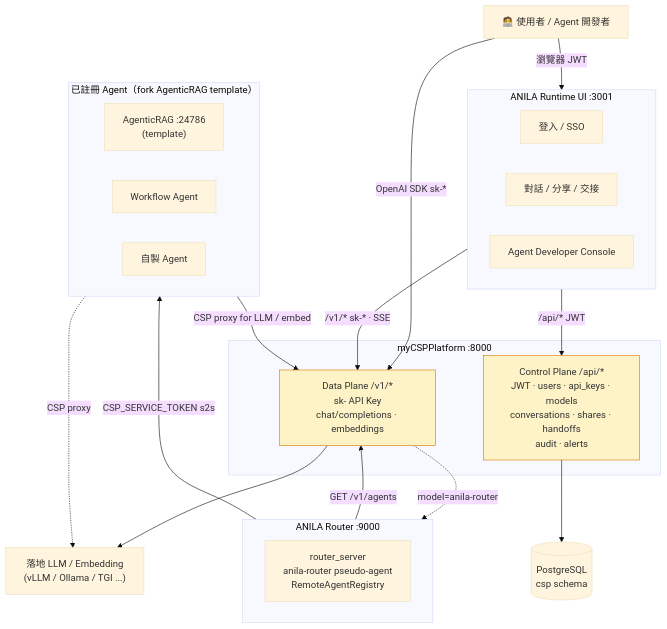
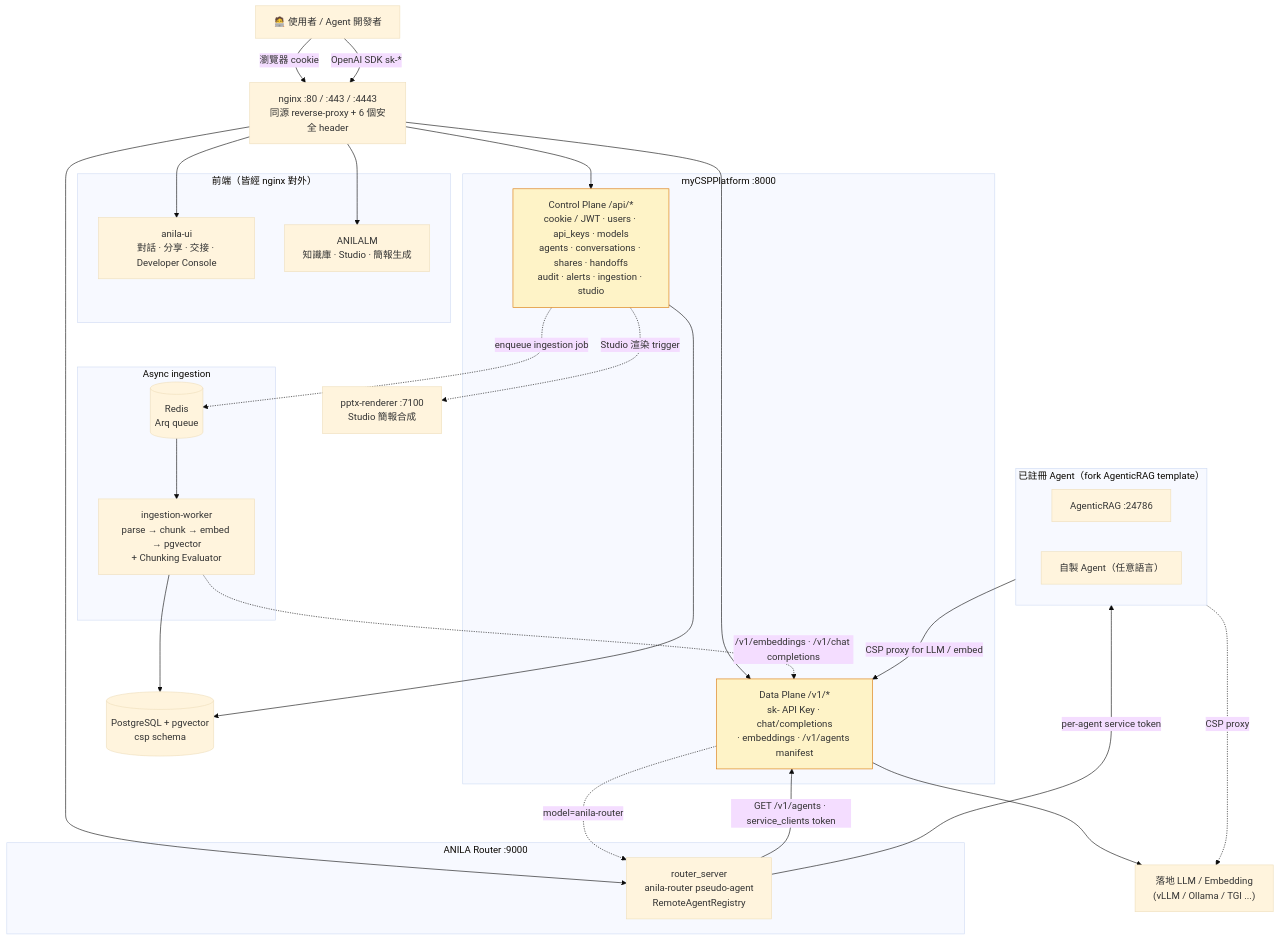
Before and after one commit to zzw09773/ANILA: the diagram in README.md, drawn with Mermaid (base theme). The commit also changed other lines of this file and 1 other file, not shown here.

First line of the commit message:
docs: rewrite root + ANILA UI READMEs for the 9-service topology

````diff
--- a/README.md
+++ b/README.md
@@ -27,43 +29,58 @@
 ```mermaid
 flowchart TB
     users["🧑‍💻 使用者 / Agent 開發者"]
+    nginx["nginx :80 / :443 / :4443<br/>同源 reverse-proxy + 6 個安全 header"]
 
-    subgraph runtime_ui["ANILA Runtime UI :3001"]
-        ui_login["登入 / SSO"]
-        ui_chat["對話 / 分享 / 交接"]
-        ui_dev["Agent Developer Console"]
+    subgraph spas["前端（皆經 nginx 對外）"]
+        anila_ui["anila-ui<br/>對話 · 分享 · 交接 · Developer Console"]
+        anilalm["ANILALM<br/>知識庫 · Studio · 簡報生成"]
     end
 
     subgraph csp["myCSPPlatform :8000"]
-        csp_ctrl["Control Plane /api/*<br/>JWT · users · api_keys · models<br/>conversations · shares · handoffs<br/>audit · alerts"]
-        csp_data["Data Plane /v1/*<br/>sk- API Key<br/>chat/completions · embeddings"]
+        csp_ctrl["Control Plane /api/*<br/>cookie / JWT · users · api_keys · models<br/>agents · conversations · shares · handoffs<br/>audit · alerts · ingestion · studio"]
+        csp_data["Data Plane /v1/*<br/>sk- API Key · chat/completions<br/>· embeddings · /v1/agents manifest"]
     end
 
     subgraph router["ANILA Router :9000"]
         router_core["router_server<br/>anila-router pseudo-agent<br/>RemoteAgentRegistry"]
     end
 
     subgraph agents["已註冊 Agent（fork AgenticRAG template）"]
-        rag["AgenticRAG :24786<br/>(template)"]
-        wf["Workflow Agent"]
-        custom["自製 Agent"]
+        rag["AgenticRAG :24786"]
+        custom["自製 Agent（任意語言）"]
     end
 
-    db[("PostgreSQL<br/>csp schema")]
+    subgraph async["Async ingestion"]
+        redis[("Redis<br/>Arq queue")]
+        worker["ingestion-worker<br/>parse → chunk → embed → pgvector<br/>+ Chunking Evaluator"]
+    end
+
+    pptx["pptx-renderer :7100<br/>Studio 簡報合成"]
+    db[("PostgreSQL + pgvector<br/>csp schema")]
     llm["落地 LLM / Embedding<br/>(vLLM / Ollama / TGI ...)"]
 
-    users -->|瀏覽器 JWT| runtime_ui
-    users -->|OpenAI SDK sk-*| csp_data
-    runtime_ui -->|/api/* JWT| csp_ctrl
-    runtime_ui -->|/v1/* sk-* · SSE| csp_data
-    csp_data -.->|model=anila-router| router
-    router -->|GET /v1/agents| csp_data
-    router -->|CSP_SERVICE_TOKEN s2s| agents
+    users -->|瀏覽器 cookie| nginx
+    users -->|OpenAI SDK sk-*| nginx
+    nginx --> anila_ui
+    nginx --> anilalm
+    nginx --> csp_ctrl
+    nginx --> csp_data
+    nginx --> router_core
+
+    csp_data -.->|model=anila-router| router_core
+    router_core -->|GET /v1/agents · service_clients token| csp_data
+    router_core -->|per-agent service token| agents
     agents -->|CSP proxy for LLM / embed| csp_data
+
     csp_ctrl --> db
     csp_data --> llm
+    csp_ctrl -.->|enqueue ingestion job| redis
+    redis --> worker
+    worker --> db
+    worker -.->|/v1/embeddings · /v1/chat completions| csp_data
+    csp_ctrl -.->|Studio 渲染 trigger| pptx
     agents -.CSP proxy.-> llm
 
     classDef plane fill:#fef3c7,stroke:#d97706
     class csp_ctrl,csp_data plane
 ```
````
